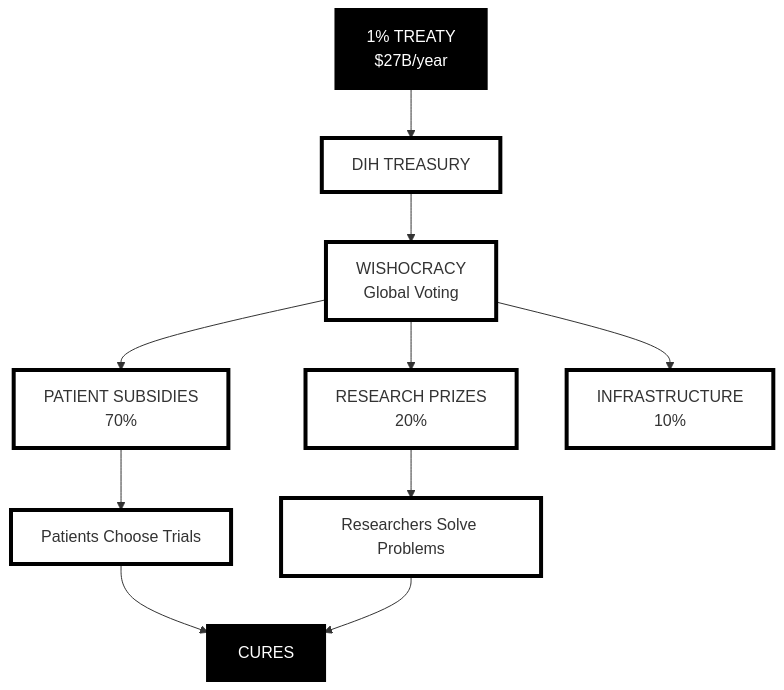
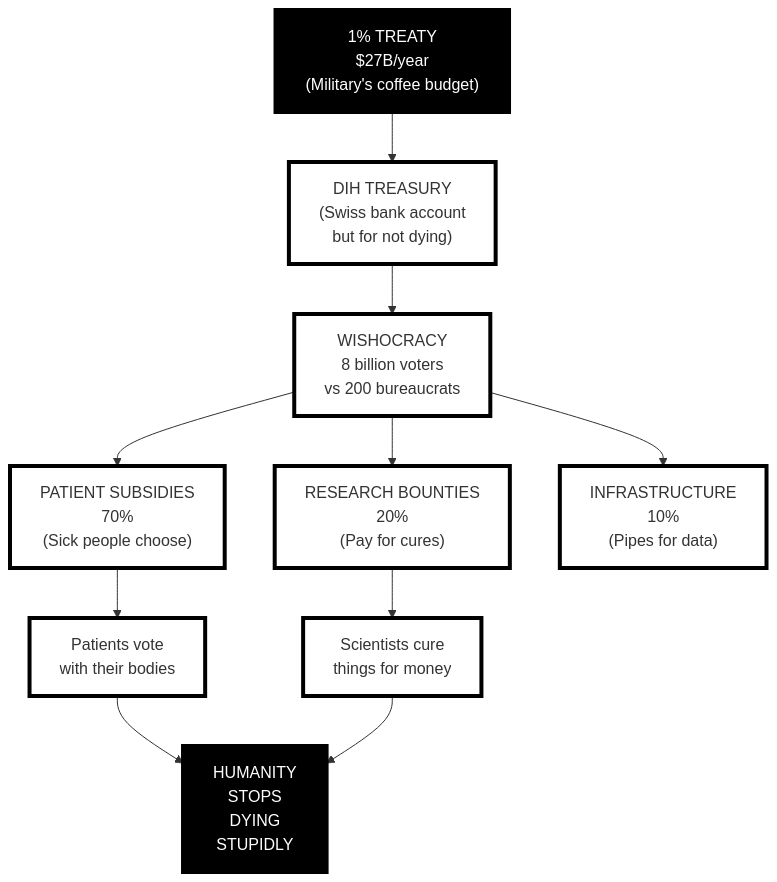
Before and after one commit to mikepsinn/disease-eradication-plan: the diagram in dih-index.qmd, drawn with Mermaid. The commit also changed other lines of this file and 1 other file, not shown here.

````diff
--- a/dih-index.qmd
+++ b/dih-index.qmd
@@ -162,23 +174,23 @@
 ```{mermaid}
 %%| fig-width: 8
 graph TB
-    A["1% TREATY<br/>$27B/year"] --> B["DIH TREASURY"]
-    B --> C["WISHOCRACY<br/>Global Voting"]
-    C --> D["PATIENT SUBSIDIES<br/>70%"]
-    C --> E["RESEARCH PRIZES<br/>20%"]
-    C --> F["INFRASTRUCTURE<br/>10%"]
-    D --> G["Patients Choose Trials"]
-    E --> H["Researchers Solve Problems"]
-    G --> I["CURES"]
+    A["1% TREATY<br/>$27B/year<br/>(Military's coffee budget)"] --> B["DIH TREASURY<br/>(Swiss bank account<br/>but for not dying)"]
+    B --> C["WISHOCRACY<br/>8 billion voters<br/>vs 200 bureaucrats"]
+    C --> D["PATIENT SUBSIDIES<br/>70%<br/>(Sick people choose)"]
+    C --> E["RESEARCH BOUNTIES<br/>20%<br/>(Pay for cures)"]
+    C --> F["INFRASTRUCTURE<br/>10%<br/>(Pipes for data)"]
+    D --> G["Patients vote<br/>with their bodies"]
+    E --> H["Scientists cure<br/>things for money"]
+    G --> I["HUMANITY<br/>STOPS<br/>DYING<br/>STUPIDLY"]
     H --> I
 
     style A fill:#000,stroke:#000,color:#fff,stroke-width:4px
     style I fill:#000,stroke:#000,color:#fff,stroke-width:4px
     style B fill:#fff,stroke:#000,stroke-width:4px
     style C fill:#fff,stroke:#000,stroke-width:4px
     style D fill:#fff,stroke:#000,stroke-width:4px
     style E fill:#fff,stroke:#000,stroke-width:4px
     style F fill:#fff,stroke:#000,stroke-width:4px
     style G fill:#fff,stroke:#000,stroke-width:4px
     style H fill:#fff,stroke:#000,stroke-width:4px
 ```
````
